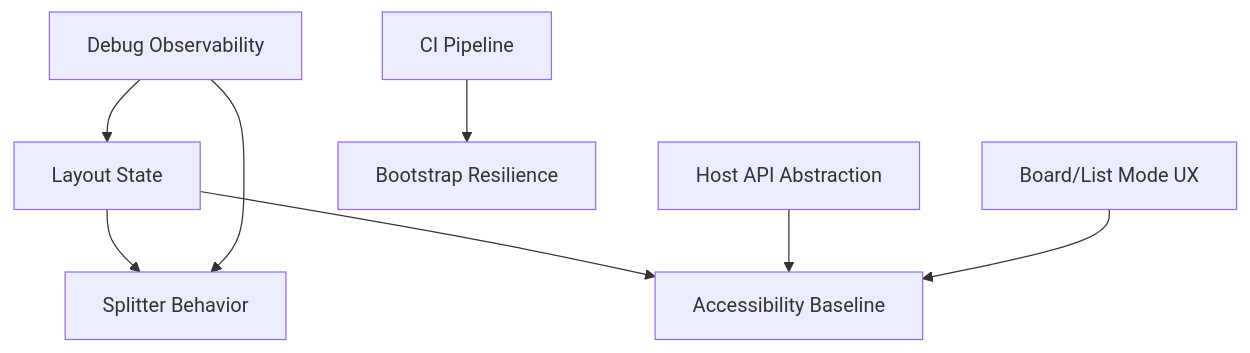
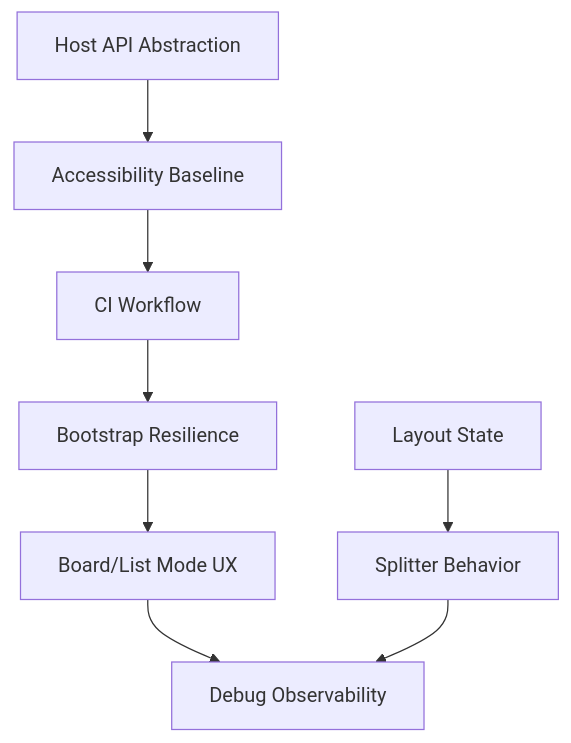
One commit to AlexAgo83/logics-manager changed the diagram in logics/request/req_016_reliability_hardening_layout_hostapi_a11y_ci_and_debug_observability.md. Above: the diagram before and after it, drawn with Mermaid. The commit also changed 19 other files, not shown here.

````diff
--- a/logics/request/req_016_reliability_hardening_layout_hostapi_a11y_ci_and_debug_observability.md
+++ b/logics/request/req_016_reliability_hardening_layout_hostapi_a11y_ci_and_debug_observability.md
@@ -10,20 +10,20 @@
 ```mermaid
 %% logics-kind: request
 %% logics-signature: request|reliability-hardening-for-layout-state-h|stabilize-layout-splitter-behavior-by-us|ac1-layout-rendering-is-driven-by
 flowchart TD
   LayoutState[Layout State]
-  Splitter[Splitter Behavior]
+  SplitterBehavior[Splitter Behavior]
   HostAPI[Host API Abstraction]
   Accessibility[Accessibility Baseline]
-  CI[CI Pipeline]
+  CIWorkflow[CI Workflow]
   Bootstrap[Bootstrap Resilience]
-  BoardList[Board/List Mode UX]
+  BoardListUX[Board/List Mode UX]
   DebugLogs[Debug Observability]
-  LayoutState --> Splitter
-  LayoutState --> Accessibility
+  LayoutState --> SplitterBehavior
   HostAPI --> Accessibility
-  CI --> Bootstrap
-  BoardList --> Accessibility
-  DebugLogs --> LayoutState
-  DebugLogs --> Splitter
+  Accessibility --> CIWorkflow
+  CIWorkflow --> Bootstrap
+  Bootstrap --> BoardListUX
+  BoardListUX --> DebugLogs
+  SplitterBehavior --> DebugLogs
 ```
````
